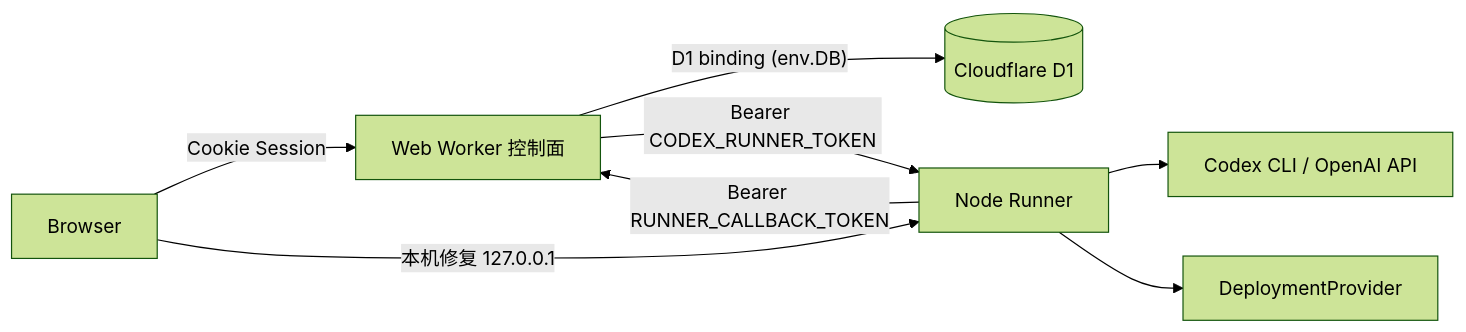
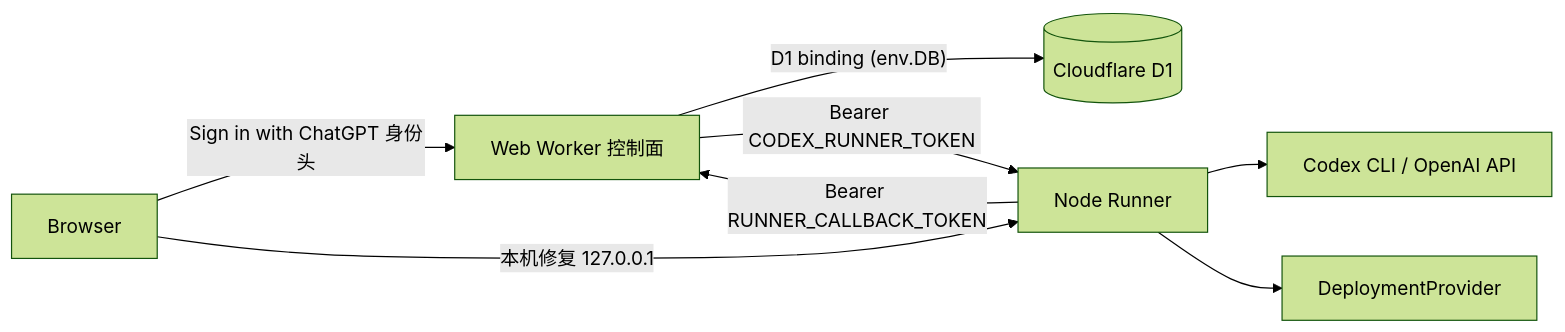
One commit to JonasQiu/mobile-app-build changed the first of 2 diagrams in docs/API与事件协议.md. Above: the diagram before and after it, drawn with Mermaid (forest theme). The commit also changed other lines of this file and 22 other files, not shown here.

Commit message:
feat: add ChatGPT multi-user access

````diff
--- a/docs/API与事件协议.md
+++ b/docs/API与事件协议.md
@@ -15,10 +15,10 @@
 ```mermaid
 flowchart LR
-  B[Browser] -->|"Cookie Session"| W[Web Worker 控制面]
+  B[Browser] -->|"Sign in with ChatGPT 身份头"| W[Web Worker 控制面]
   W -->|"D1 binding (env.DB)"| D[(Cloudflare D1)]
   W -->|"Bearer CODEX_RUNNER_TOKEN"| R[Node Runner]
   R -->|"Bearer RUNNER_CALLBACK_TOKEN"| W
   B -->|"本机修复 127.0.0.1"| R
   R --> C[Codex CLI / OpenAI API]
   R --> P[DeploymentProvider]
 ```
````
